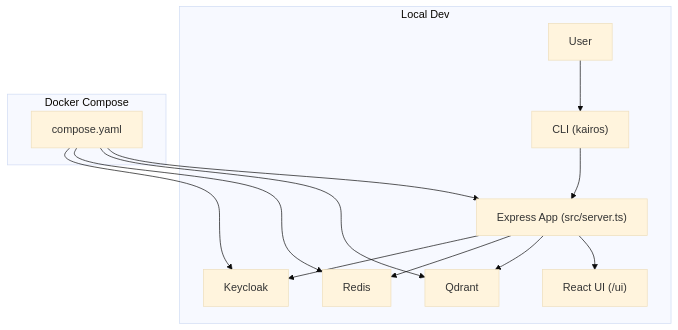
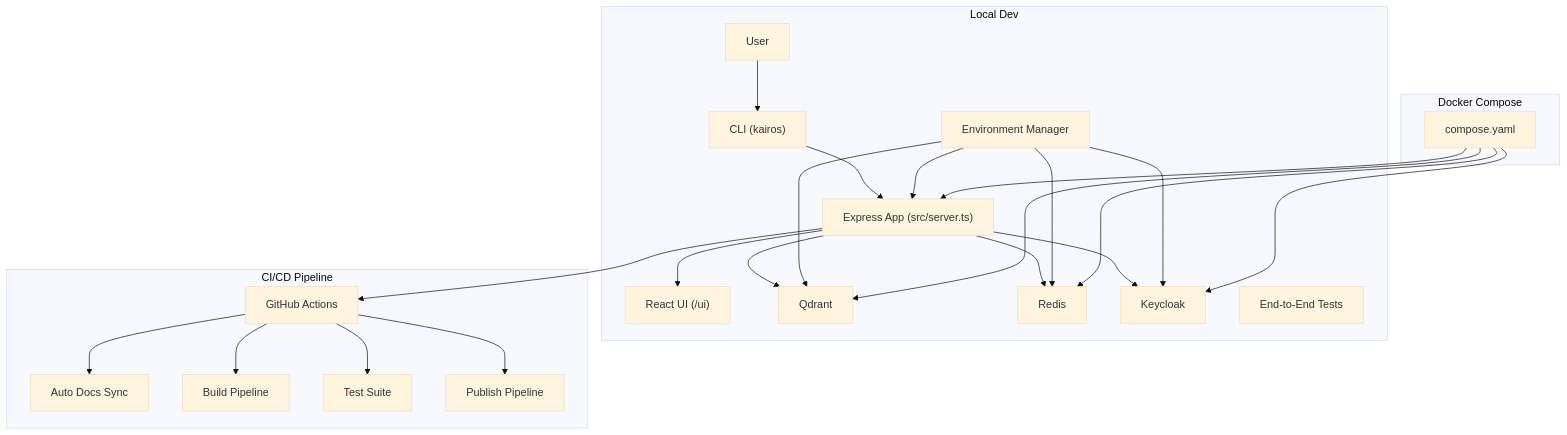
One commit to debian777/kairos-mcp changed the second of 8 diagrams in .qoder/repowiki/en/content/Contributing & Development.md. Above: the diagram before and after it, drawn with Mermaid (base theme). The commit also changed other lines of this file and 17 other files, not shown here.

First line of the commit message:
docs: fix GitHub Wiki syntax and add Home.md + _Sidebar.md

````diff
--- a/.qoder/repowiki/en/content/Contributing & Development.md
+++ b/.qoder/repowiki/en/content/Contributing & Development.md
@@ -79,25 +91,43 @@
 ```mermaid
 graph TB
 subgraph "Local Dev"
 U["User"]
 CLI["CLI (kairos)"]
 APP["Express App (src/server.ts)"]
 UI["React UI (/ui)"]
 QD["Qdrant"]
 RD["Redis"]
 KC["Keycloak"]
+ENV["Environment Manager"]
+END["End-to-End Tests"]
 end
 subgraph "Docker Compose"
 C1["compose.yaml"]
+end
+subgraph "CI/CD Pipeline"
+GH["GitHub Actions"]
+AUTODOCS["Auto Docs Sync"]
+BUILD["Build Pipeline"]
+TEST["Test Suite"]
+PUBLISH["Publish Pipeline"]
 end
 U --> CLI
 CLI --> APP
 APP --> UI
 APP --> QD
 APP --> RD
 APP --> KC
+ENV --> APP
+ENV --> QD
+ENV --> RD
+ENV --> KC
 C1 --> APP
 C1 --> QD
 C1 --> RD
 C1 --> KC
+APP --> GH
+GH --> AUTODOCS
+GH --> BUILD
+GH --> TEST
+GH --> PUBLISH
 ```
````
